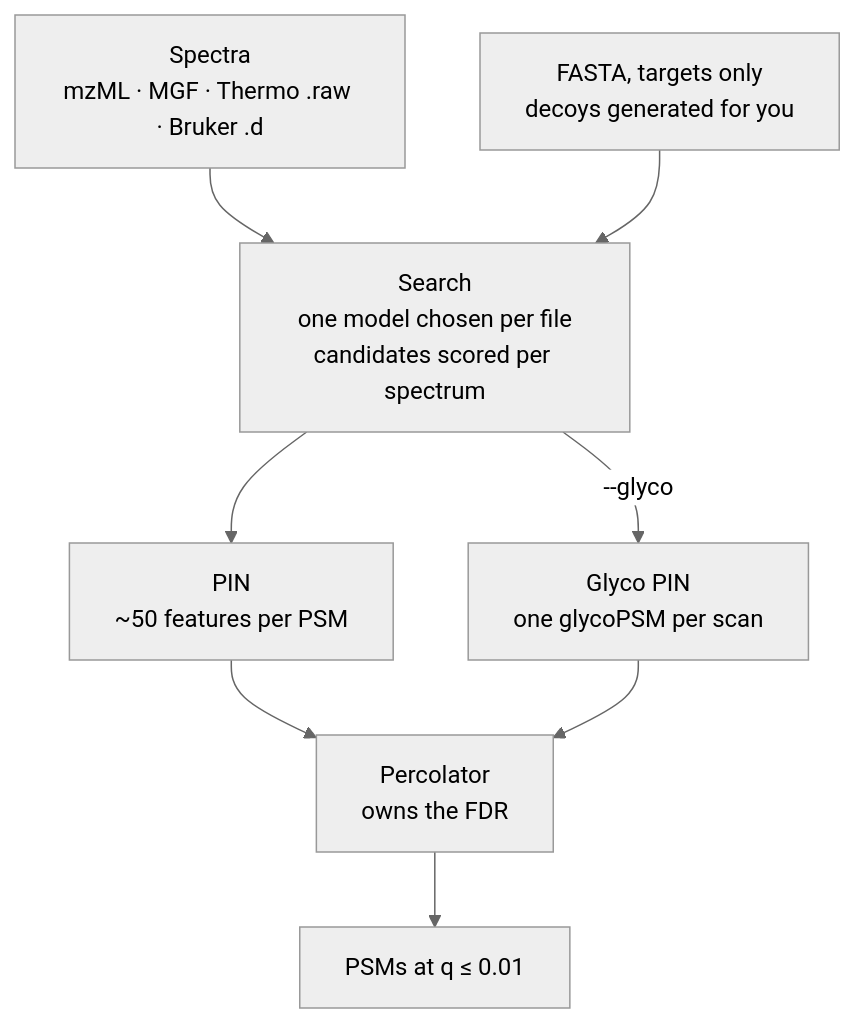
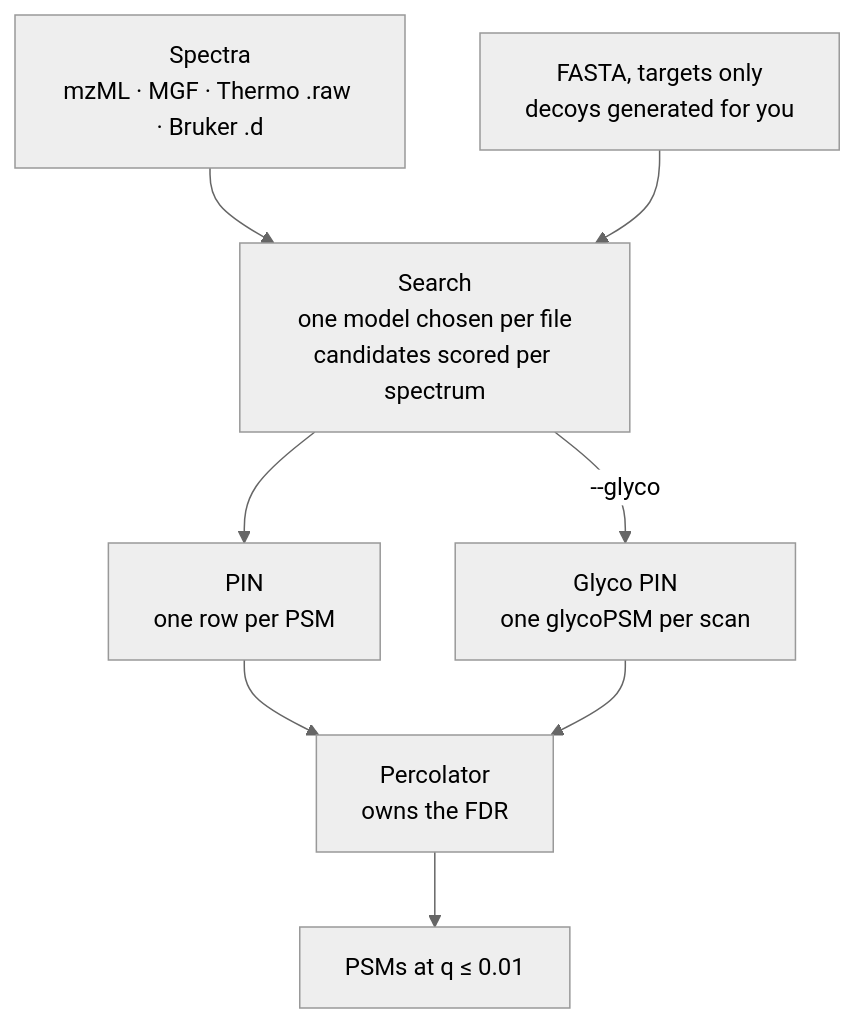
The diagram in README.md (bigbio/andes), drawn with Mermaid (neutral theme) before and after one commit. The commit also changed other lines of this file, not shown here.

````diff
--- a/README.md
+++ b/README.md
@@ -58,11 +58,11 @@
 ```mermaid
 flowchart TD
     SPEC["Spectra<br/>mzML · MGF · Thermo .raw · Bruker .d"] --> SEARCH
     FASTA["FASTA, targets only<br/>decoys generated for you"] --> SEARCH
     SEARCH["Search<br/>one model chosen per file<br/>candidates scored per spectrum"]
-    SEARCH --> PIN["PIN<br/>~50 features per PSM"]
+    SEARCH --> PIN["PIN<br/>one row per PSM"]
     SEARCH -->|"--glyco"| GPIN["Glyco PIN<br/>one glycoPSM per scan"]
     PIN --> PERC["Percolator<br/>owns the FDR"]
     GPIN --> PERC
     PERC --> OUT["PSMs at q ≤ 0.01"]
 ```
````
